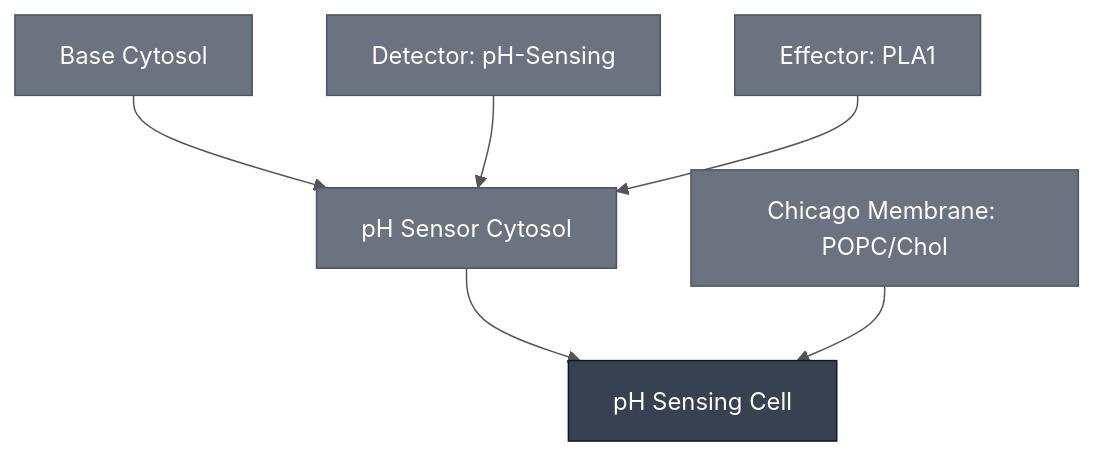
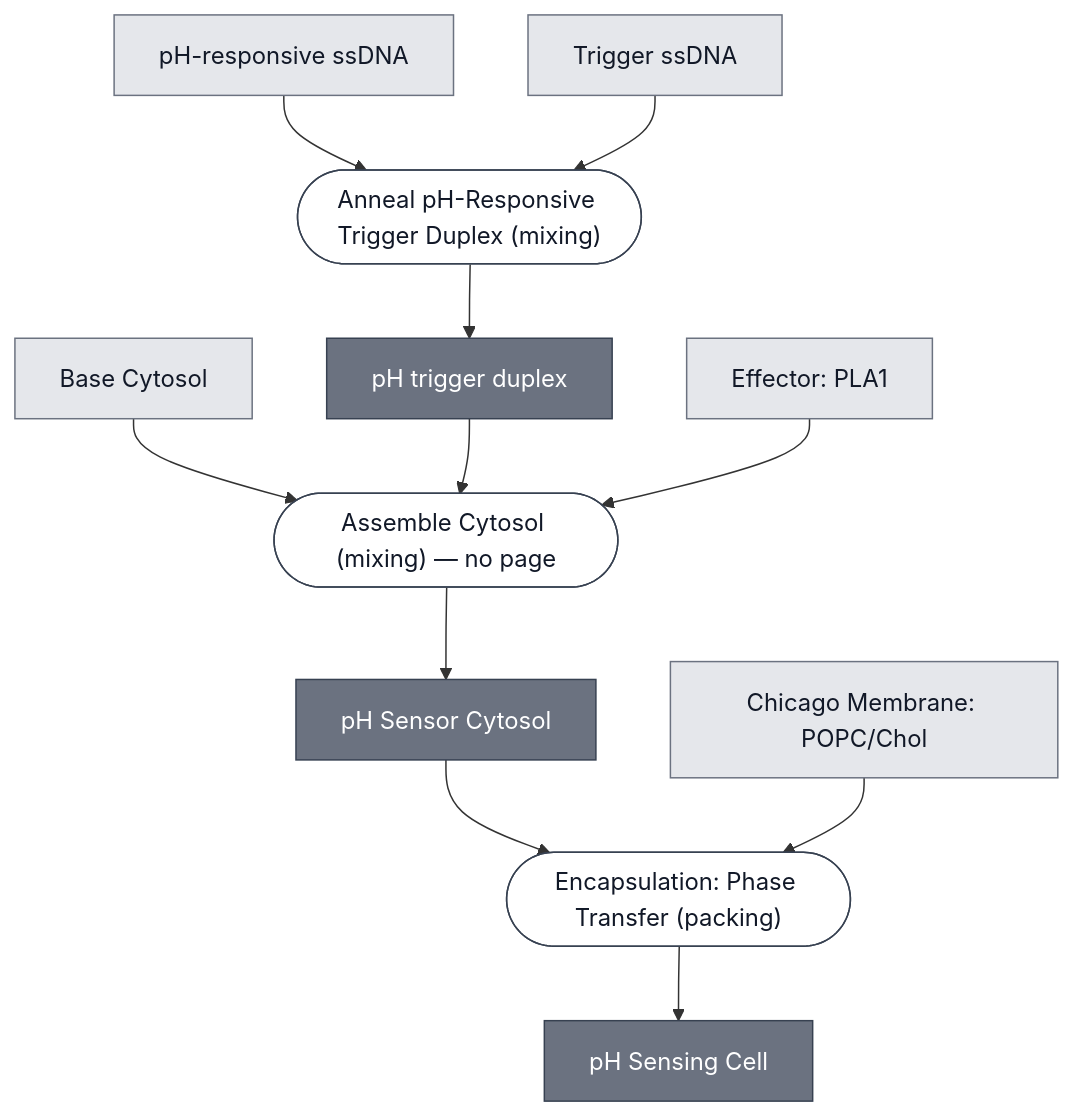
One commit to nucleus-eng/nucleus-docs changed the diagram in docs/modules/ph-sensing-cell/spec.md. Above: the diagram before and after it, drawn with Mermaid. The commit also changed 11 other files, not shown here.

First line of the commit message:
Give the six Chicago path modules composition sources

````diff
--- a/docs/modules/ph-sensing-cell/spec.md
+++ b/docs/modules/ph-sensing-cell/spec.md
@@ -25,28 +25,45 @@
 ```mermaid
-%%{init: {'theme': 'base', 'themeVariables': {'lineColor': '#555555', 'edgeLabelBackground': '#ffffff'}}}%%
 flowchart TD
     BASE_CYTOSOL["Base Cytosol"]
-    DETECTOR_PH["Detector: pH-Sensing"]
+    PH_RESPONSIVE_SSDNA["pH-responsive ssDNA"]
+    TRIGGER_SSDNA["Trigger ssDNA"]
     EFFECTOR_PLA1["Effector: PLA1"]
-    MEMBRANE_POPC_CHOL_CHICAGO["Chicago Membrane: POPC/Chol"]
+    MEMBRANE_CHICAGO["Chicago Membrane: POPC/Chol"]
+
+    P1_ANNEAL_TRIGGER_DUPLEX_0(["Anneal pH-Responsive Trigger Duplex (mixing)"])
+    PH_TRIGGER_DUPLEX["pH trigger duplex"]
+    P2_ASSEMBLE_CYTOSOL_0(["Assemble Cytosol (mixing) — no page"])
+    PH_SENSOR_CYTOSOL["pH Sensor Cytosol"]
+    P3_ENCAPSULATE_0(["Encapsulation: Phase Transfer (packing)"])
     PH_SENSING_CELL["pH Sensing Cell"]
-    PH_SENSOR_CYTOSOL["pH Sensor Cytosol"]
 
-    PH_SENSOR_CYTOSOL --> PH_SENSING_CELL
-    MEMBRANE_POPC_CHOL_CHICAGO --> PH_SENSING_CELL
-    BASE_CYTOSOL --> PH_SENSOR_CYTOSOL
-    DETECTOR_PH --> PH_SENSOR_CYTOSOL
-    EFFECTOR_PLA1 --> PH_SENSOR_CYTOSOL
+    PH_RESPONSIVE_SSDNA --> P1_ANNEAL_TRIGGER_DUPLEX_0
+    TRIGGER_SSDNA --> P1_ANNEAL_TRIGGER_DUPLEX_0
+    P1_ANNEAL_TRIGGER_DUPLEX_0 --> PH_TRIGGER_DUPLEX
 
-    classDef constituent fill:#6B7280,color:#ffffff,stroke:#4B5563;
-    classDef this fill:#374151,color:#ffffff,stroke:#111827;
-    class BASE_CYTOSOL,DETECTOR_PH,EFFECTOR_PLA1,MEMBRANE_POPC_CHOL_CHICAGO,PH_SENSOR_CYTOSOL constituent;
-    class PH_SENSING_CELL this;
+    BASE_CYTOSOL --> P2_ASSEMBLE_CYTOSOL_0
+    PH_TRIGGER_DUPLEX --> P2_ASSEMBLE_CYTOSOL_0
+    EFFECTOR_PLA1 --> P2_ASSEMBLE_CYTOSOL_0
+    P2_ASSEMBLE_CYTOSOL_0 --> PH_SENSOR_CYTOSOL
+
+    PH_SENSOR_CYTOSOL --> P3_ENCAPSULATE_0
+    MEMBRANE_CHICAGO --> P3_ENCAPSULATE_0
+    P3_ENCAPSULATE_0 --> PH_SENSING_CELL
+
+
+    classDef leaf     fill:#e5e7eb,stroke:#6b7280,color:#111827;
+    classDef composed fill:#6b7280,stroke:#374151,color:#ffffff;
+    classDef process  fill:#ffffff,stroke:#374151,color:#111827;
+    class BASE_CYTOSOL,PH_RESPONSIVE_SSDNA,TRIGGER_SSDNA,EFFECTOR_PLA1,MEMBRANE_CHICAGO leaf;
+    class PH_TRIGGER_DUPLEX,PH_SENSOR_CYTOSOL,PH_SENSING_CELL composed;
+    class P1_ANNEAL_TRIGGER_DUPLEX_0,P2_ASSEMBLE_CYTOSOL_0,P3_ENCAPSULATE_0 process;
 
     click BASE_CYTOSOL "/docs/modules/base-cytosol/spec"
-    click DETECTOR_PH "/docs/modules/detector-ph/spec"
     click EFFECTOR_PLA1 "/docs/modules/effector-pla1/spec"
-    click MEMBRANE_POPC_CHOL_CHICAGO "/docs/modules/membrane-popc-chol-chicago/spec"
+    click MEMBRANE_CHICAGO "/docs/modules/membrane-popc-chol-chicago/spec"
+    click P1_ANNEAL_TRIGGER_DUPLEX_0 "/docs/processes/anneal-ph-trigger-duplex/main"
+    click PH_TRIGGER_DUPLEX "/docs/modules/detector-ph/spec"
+    click PH_SENSOR_CYTOSOL "/docs/modules/ph-sensor-cytosol/spec"
+    click P3_ENCAPSULATE_0 "/docs/processes/assemble-base-cell/main"
     click PH_SENSING_CELL "/docs/modules/ph-sensing-cell/spec"
-    click PH_SENSOR_CYTOSOL "/docs/modules/ph-sensor-cytosol/spec"
 ```
````
